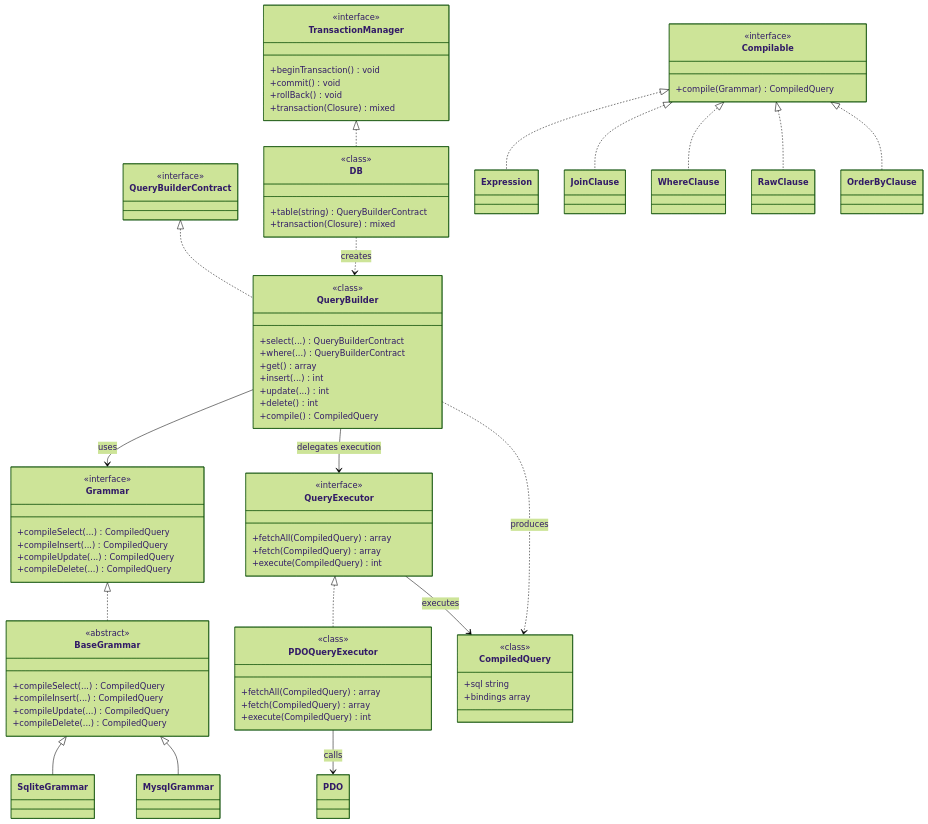
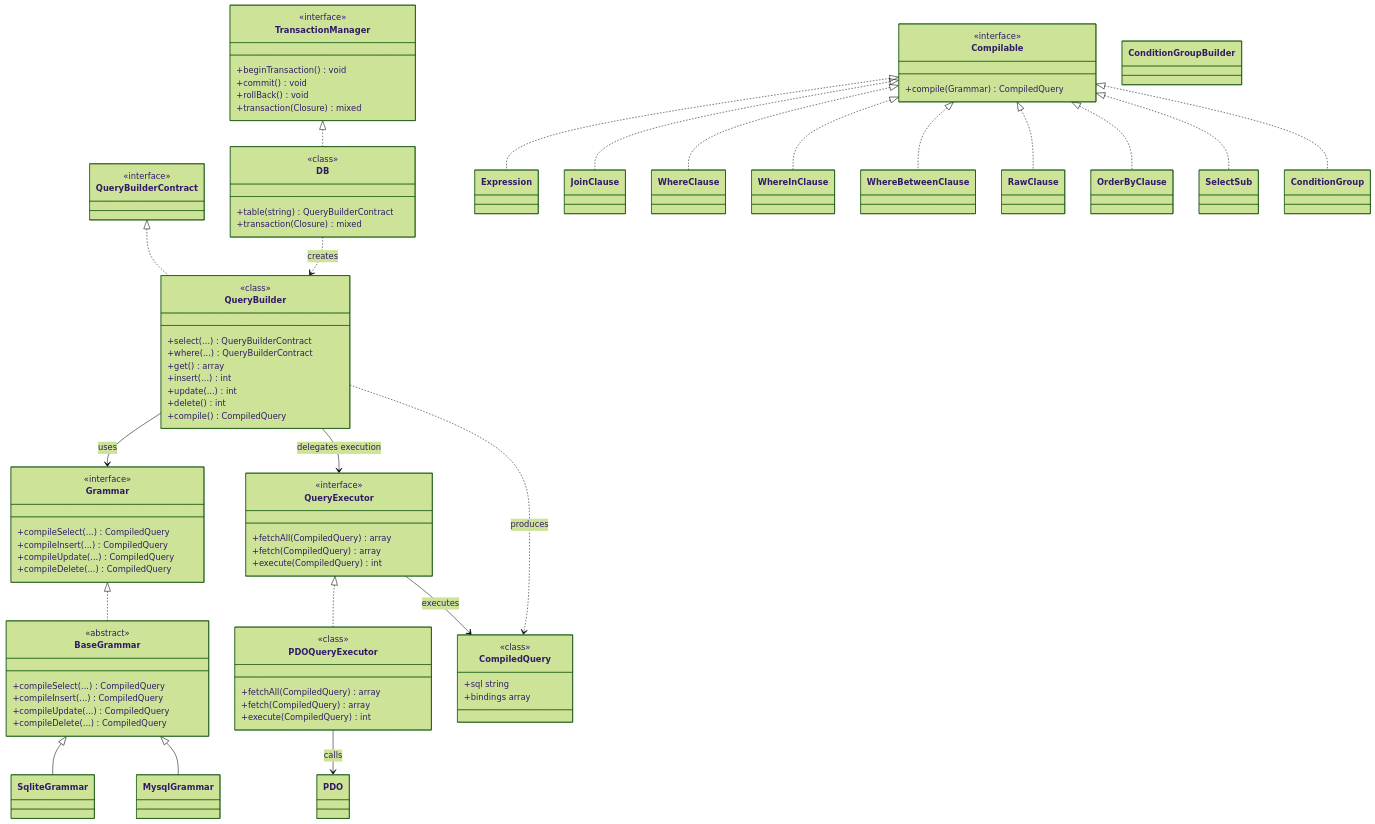
Before and after one commit to Fostenslave/query-builder: the first of 2 diagrams in DEVELOPMENT.md, drawn with Mermaid (forest theme). The commit also changed 4 other files, not shown here.

Commit message:
Обновлен README с учетом новых методов, whereNull, whereNotNull добавлены в ConditionGroupBuilder

```diff
--- a/DEVELOPMENT.md
+++ b/DEVELOPMENT.md
@@ -84,8 +84,13 @@
     class Expression
     class JoinClause
     class WhereClause
+    class WhereInClause
+    class WhereBetweenClause
     class RawClause
     class OrderByClause
+    class SelectSub
+    class ConditionGroup
+    class ConditionGroupBuilder
 
     Grammar <|.. BaseGrammar
     BaseGrammar <|-- SqliteGrammar
@@ -98,8 +103,12 @@
     Compilable <|.. Expression
     Compilable <|.. JoinClause
     Compilable <|.. WhereClause
+    Compilable <|.. WhereInClause
+    Compilable <|.. WhereBetweenClause
     Compilable <|.. RawClause
     Compilable <|.. OrderByClause
+    Compilable <|.. SelectSub
+    Compilable <|.. ConditionGroup
 
     DB ..> QueryBuilder : creates
     QueryBuilder --> Grammar : uses
```
